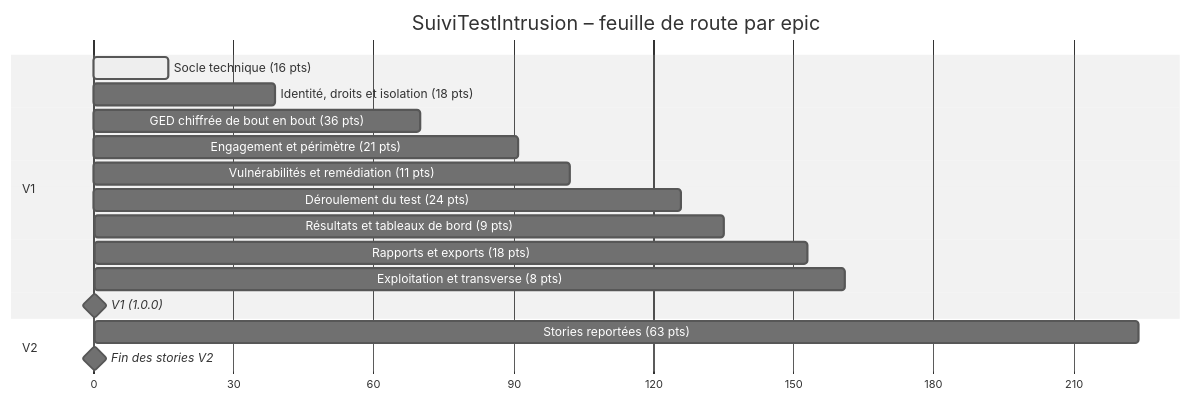
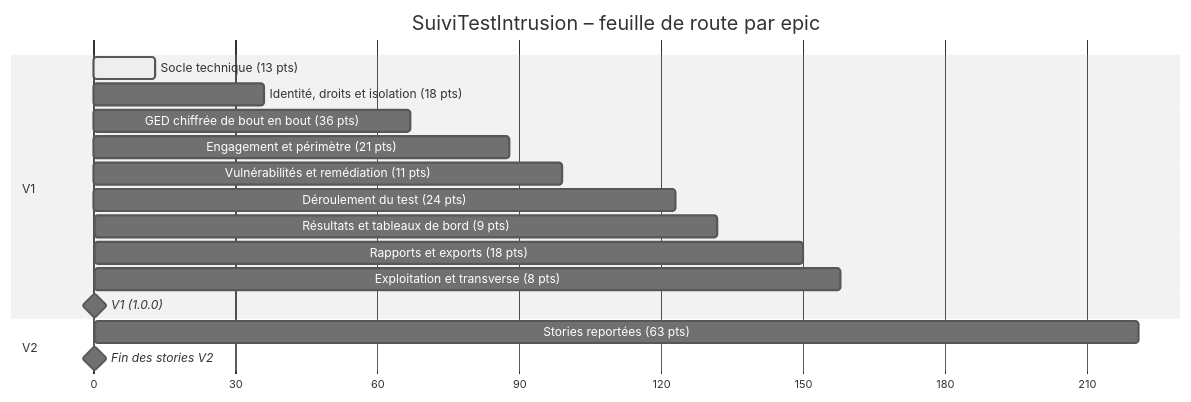
One commit to ILPlais/SuiviTestIntrusion changed the first of 2 diagrams in docs/20-29 Développement/22 Planification/22.01 Planification du développement.md. Above: the diagram before and after it, drawn with Mermaid (neutral theme). The commit also changed other lines of this file and 4 other files, not shown here.

````diff
--- a/docs/20-29 Développement/22 Planification/22.01 Planification du développement.md
+++ b/docs/20-29 Développement/22 Planification/22.01 Planification du développement.md
@@ -48,20 +48,20 @@
 ```mermaid
 gantt
     title SuiviTestIntrusion – feuille de route par epic
     dateFormat X
     axisFormat %s
     section V1
-    Socle technique (16 pts) :active, ep_socle, 0, 16
-    Identité, droits et isolation (18 pts) :ep_identite, 16, 39
-    GED chiffrée de bout en bout (36 pts) :ep_ged_chiffree, 29, 70
-    Engagement et périmètre (21 pts) :ep_engagement, 70, 91
-    Vulnérabilités et remédiation (11 pts) :ep_vulnerabilites, 91, 102
-    Déroulement du test (24 pts) :ep_deroulement, 102, 126
-    Résultats et tableaux de bord (9 pts) :ep_resultats, 126, 135
-    Rapports et exports (18 pts) :ep_exports, 135, 153
-    Exploitation et transverse (8 pts) :ep_exploitation, 153, 161
-    V1 (1.0.0) :milestone, v1, 161, 0d
+    Socle technique (13 pts) :active, ep_socle, 0, 13
+    Identité, droits et isolation (18 pts) :ep_identite, 13, 36
+    GED chiffrée de bout en bout (36 pts) :ep_ged_chiffree, 26, 67
+    Engagement et périmètre (21 pts) :ep_engagement, 67, 88
+    Vulnérabilités et remédiation (11 pts) :ep_vulnerabilites, 88, 99
+    Déroulement du test (24 pts) :ep_deroulement, 99, 123
+    Résultats et tableaux de bord (9 pts) :ep_resultats, 123, 132
+    Rapports et exports (18 pts) :ep_exports, 132, 150
+    Exploitation et transverse (8 pts) :ep_exploitation, 150, 158
+    V1 (1.0.0) :milestone, v1, 158, 0d
     section V2
-    Stories reportées (63 pts) :ep_v2, 161, 224
-    Fin des stories V2 :milestone, v2, 224, 0d
+    Stories reportées (63 pts) :ep_v2, 158, 221
+    Fin des stories V2 :milestone, v2, 221, 0d
 ```
````
